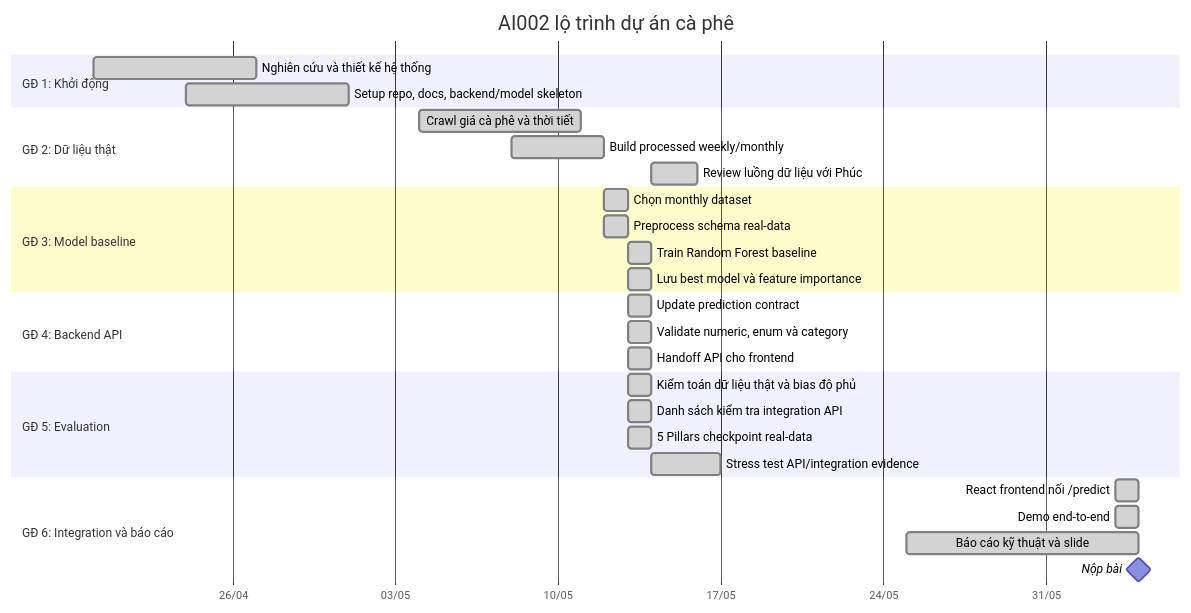
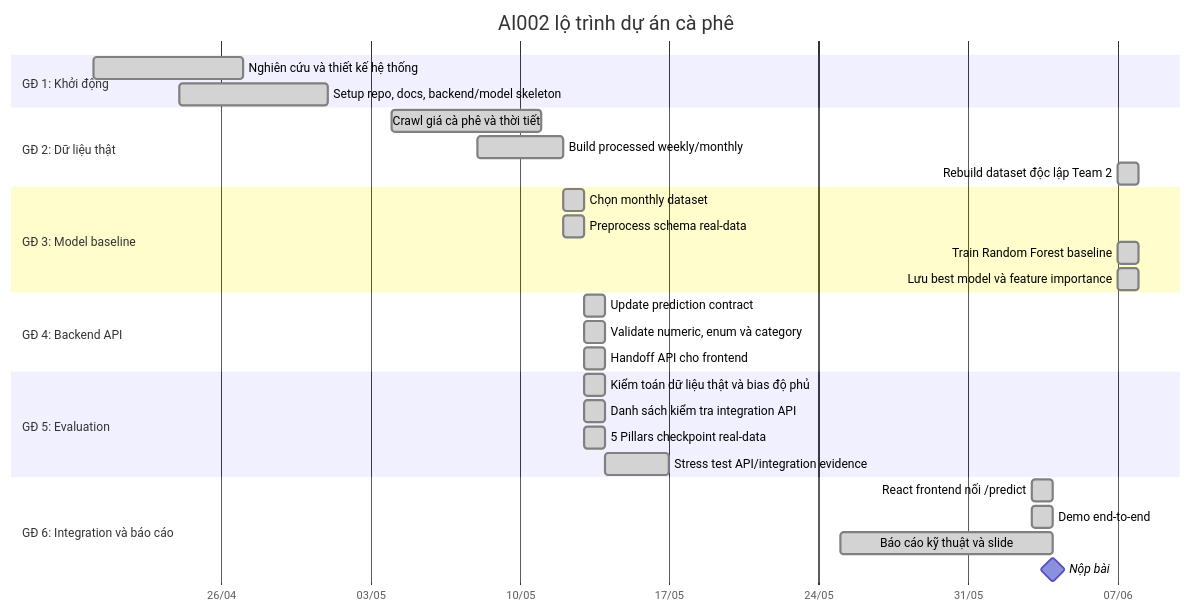
One commit to uit-25730067-chithanh/AI002-Team22-DT10 changed the third of 8 diagrams in docs/project-roadmap.md. Above: the diagram before and after it, drawn with Mermaid. The commit also changed other lines of this file and 72 other files, not shown here.

````diff
--- a/docs/project-roadmap.md
+++ b/docs/project-roadmap.md
@@ -62,39 +62,39 @@
 ```mermaid
 gantt
     title AI002 lộ trình dự án cà phê
     dateFormat  YYYY-MM-DD
     tickInterval 1w
     axisFormat  %d/%m
 
     section GĐ 1: Khởi động
     Nghiên cứu và thiết kế hệ thống          :done, a1, 2026-04-20, 7d
     Setup repo, docs, backend/model skeleton :done, a2, 2026-04-24, 7d
 
     section GĐ 2: Dữ liệu thật
     Crawl giá cà phê và thời tiết            :done, b1, 2026-05-04, 7d
     Build processed weekly/monthly           :done, b2, 2026-05-08, 4d
-    Review luồng dữ liệu với Phúc            :done, b3, 2026-05-14, 2d
+    Rebuild dataset độc lập Team 2           :done, b3, 2026-06-07, 1d
 
     section GĐ 3: Model baseline
     Chọn monthly dataset                     :done, c1, 2026-05-12, 1d
     Preprocess schema real-data              :done, c2, 2026-05-12, 1d
-    Train Random Forest baseline             :done, c3, 2026-05-13, 1d
-    Lưu best model và feature importance     :done, c4, 2026-05-13, 1d
+    Train Random Forest baseline             :done, c3, 2026-06-07, 1d
+    Lưu best model và feature importance     :done, c4, 2026-06-07, 1d
 
     section GĐ 4: Backend API
     Update prediction contract               :done, d1, 2026-05-13, 1d
     Validate numeric, enum và category       :done, d2, 2026-05-13, 1d
     Handoff API cho frontend                 :done, d3, 2026-05-13, 1d
 
     section GĐ 5: Evaluation
     Kiểm toán dữ liệu thật và bias độ phủ         :done, e0, 2026-05-13, 1d
     Danh sách kiểm tra integration API             :done, e1, 2026-05-13, 1d
     5 Pillars checkpoint real-data           :done, e2, 2026-05-13, 1d
     Stress test API/integration evidence     :done, e3, 2026-05-14, 3d
 
     section GĐ 6: Integration và báo cáo
     React frontend nối /predict             :done, f1, 2026-06-03, 1d
     Demo end-to-end                          :done, f2, 2026-06-03, 1d
     Báo cáo kỹ thuật và slide                :done, f3, 2026-05-25, 10d
     Nộp bài                                  :milestone, f4, 2026-06-04, 0d
 ```
````
